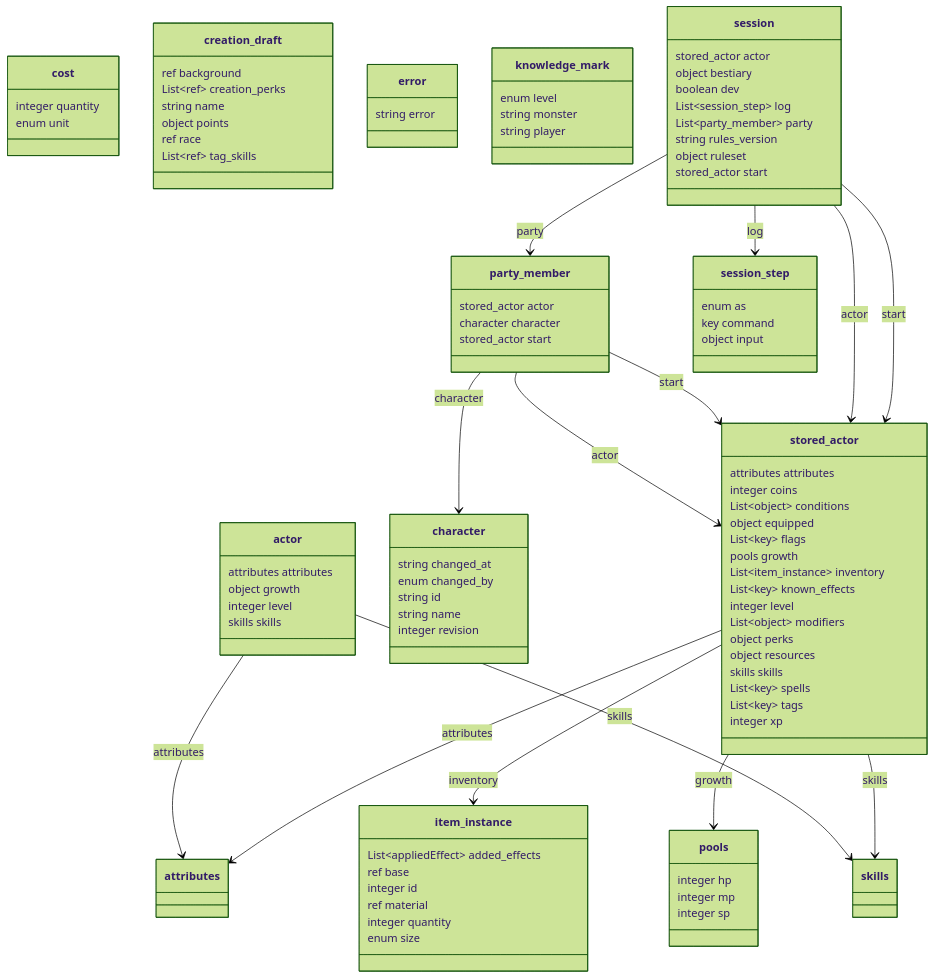
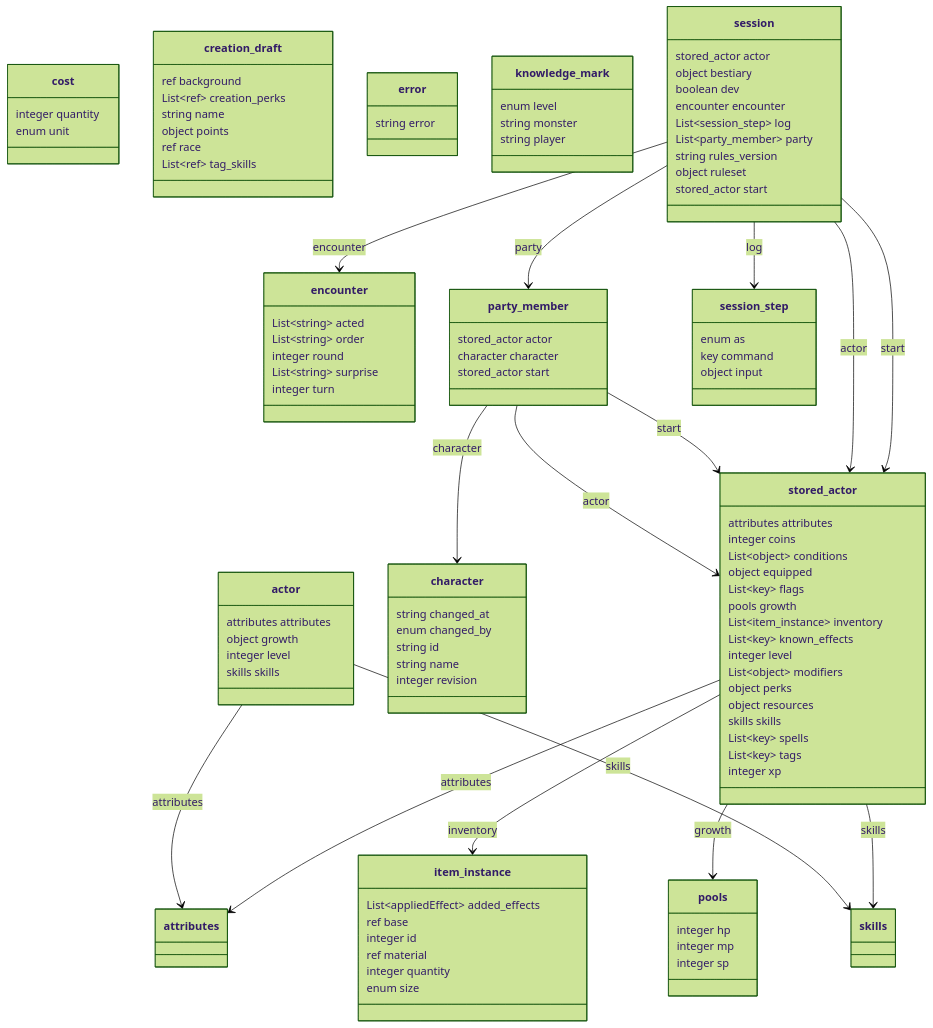
One commit to SETA1609/riftweave-core changed the first of 33 diagrams in docs/backend/contract-diagram.md. Above: the diagram before and after it, drawn with Mermaid (forest theme). The commit also changed other lines of this file and 5 other files, not shown here.

First line of the commit message:
BE_S08_07 code (green): the encounter command, its reference, and the session state

```diff
--- a/docs/backend/contract-diagram.md
+++ b/docs/backend/contract-diagram.md
@@ -42,6 +42,13 @@
         object points
         ref race
         List~ref~ tag_skills
+    }
+    class encounter {
+        List~string~ acted
+        List~string~ order
+        integer round
+        List~string~ surprise
+        integer turn
     }
     class error {
         string error
@@ -73,6 +80,7 @@
         stored_actor actor
         object bestiary
         boolean dev
+        encounter encounter
         List~session_step~ log
         List~party_member~ party
         string rules_version
@@ -109,6 +117,7 @@
     party_member --> character : character
     party_member --> stored_actor : actor
     party_member --> stored_actor : start
+    session --> encounter : encounter
     session --> party_member : party
     session --> session_step : log
     session --> stored_actor : actor
```
